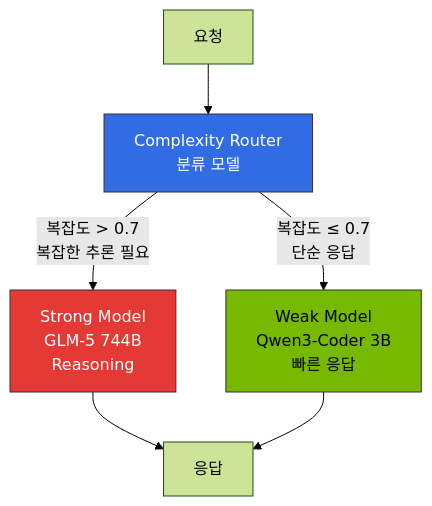
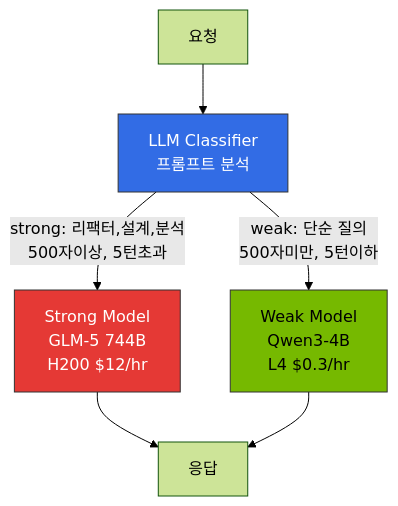
The fifth of 6 diagrams in docs/agentic-ai-platform/design-architecture/inference-gateway-routing.md (devfloor9/engineering-playbook), drawn with Mermaid (forest theme) before and after one commit. The commit also changed other lines of this file and 6 other files, not shown here.

First line of the commit message:
docs: LLM Classifier 자동 모델 분기 아키텍처 반영

````diff
--- a/docs/agentic-ai-platform/design-architecture/inference-gateway-routing.md
+++ b/docs/agentic-ai-platform/design-architecture/inference-gateway-routing.md
@@ -467,12 +454,12 @@
 ```mermaid
 graph TD
-    Req[요청] --> Router[Complexity Router<br/>분류 모델]
-    Router -->|복잡도 > 0.7<br/>복잡한 추론 필요| LLM[Strong Model<br/>GLM-5 744B<br/>Reasoning]
-    Router -->|복잡도 ≤ 0.7<br/>단순 응답| SLM[Weak Model<br/>Qwen3-Coder 3B<br/>빠른 응답]
+    Req[요청] --> Router[LLM Classifier<br/>프롬프트 분석]
+    Router -->|strong: 리팩터,설계,분석<br/>500자이상, 5턴초과| LLM[Strong Model<br/>GLM-5 744B<br/>H200 $12/hr]
+    Router -->|weak: 단순 질의<br/>500자미만, 5턴이하| SLM[Weak Model<br/>Qwen3-4B<br/>L4 $0.3/hr]
     LLM --> Resp[응답]
     SLM --> Resp
     
     style Router fill:#326ce5,stroke:#333,color:#fff
     style LLM fill:#e53935,stroke:#333,color:#fff
     style SLM fill:#76b900,stroke:#333,color:#000
 ```
````
